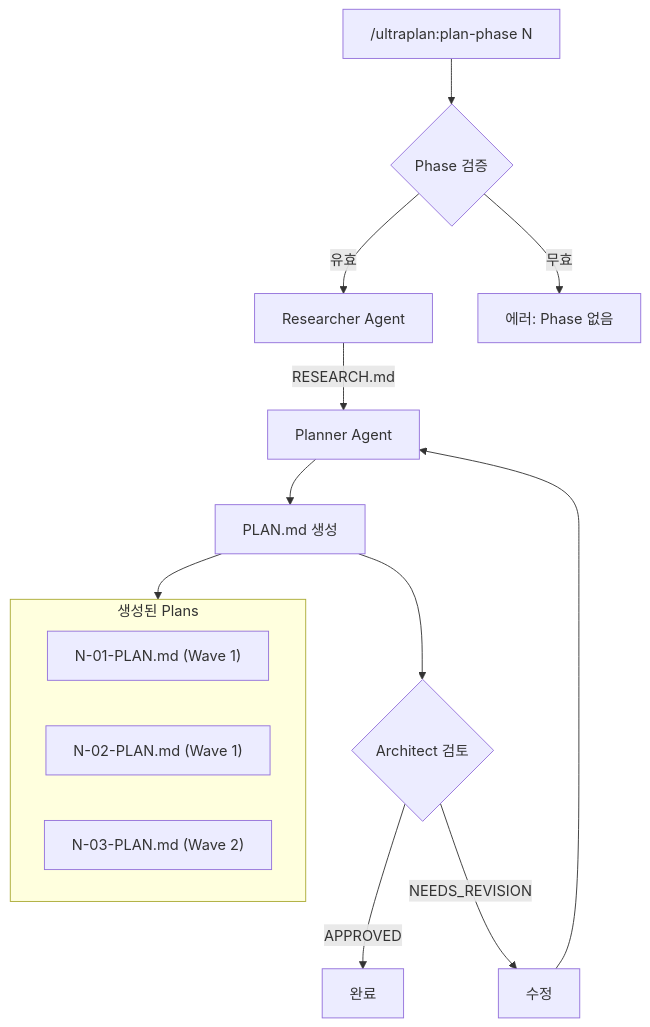
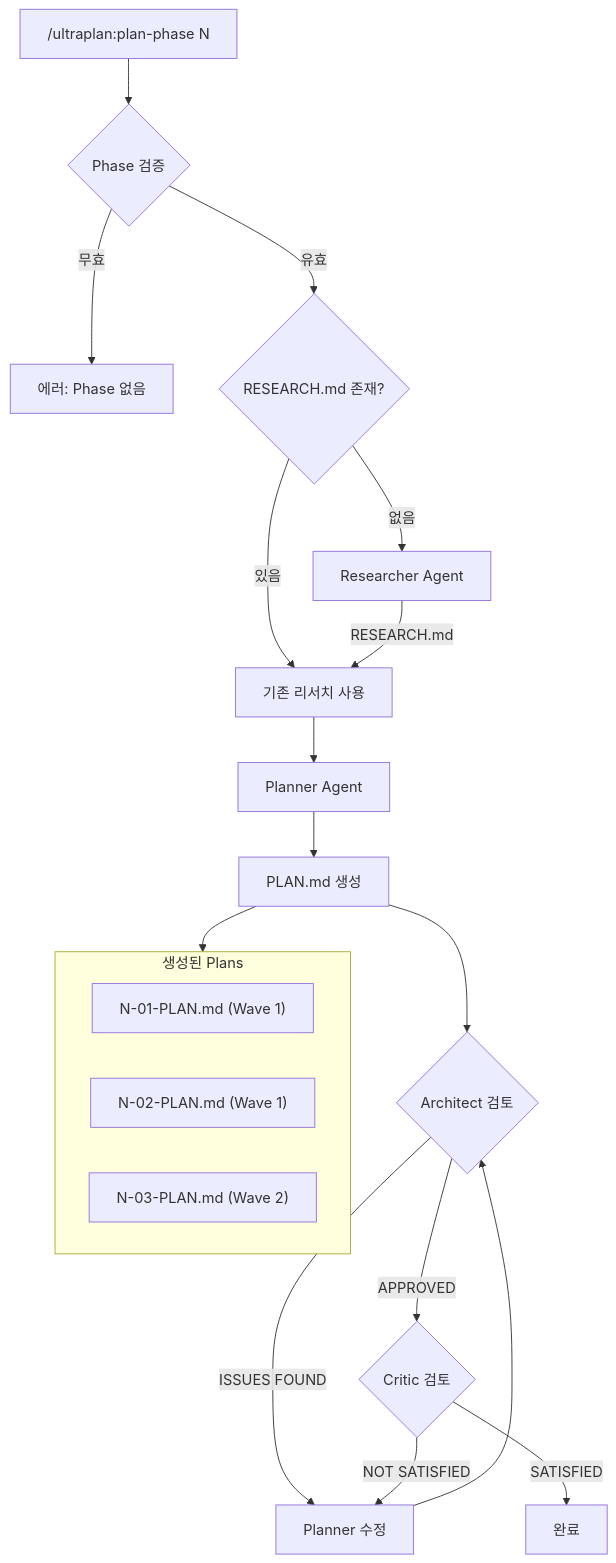
One commit to suhwan/ultra-planning changed the second of 3 diagrams in README.md. Above: the diagram before and after it, drawn with Mermaid. The commit also changed other lines of this file, not shown here.

````diff
--- a/README.md
+++ b/README.md
@@ -147,23 +174,29 @@
 ```mermaid
 flowchart TB
     A["/ultraplan:plan-phase N"] --> B{Phase 검증}
-    B -->|유효| C["Researcher Agent"]
     B -->|무효| X["에러: Phase 없음"]
+    B -->|유효| C{RESEARCH.md 존재?}
 
-    C -->|RESEARCH.md| D["Planner Agent"]
+    C -->|없음| D["Researcher Agent"]
+    C -->|있음| E["기존 리서치 사용"]
+    D -->|RESEARCH.md| E
 
-    D --> E["PLAN.md 생성"]
-    E --> F{Architect 검토}
+    E --> F["Planner Agent"]
+    F --> G["PLAN.md 생성"]
 
-    F -->|APPROVED| G["완료"]
-    F -->|NEEDS_REVISION| H["수정"]
-    H --> D
+    G --> H{Architect 검토}
+    H -->|ISSUES FOUND| I["Planner 수정"]
+    I --> H
+
+    H -->|APPROVED| J{Critic 검토}
+    J -->|NOT SATISFIED| I
+    J -->|SATISFIED| K["완료"]
 
     subgraph Plans["생성된 Plans"]
         P1["N-01-PLAN.md (Wave 1)"]
         P2["N-02-PLAN.md (Wave 1)"]
         P3["N-03-PLAN.md (Wave 2)"]
     end
 
-    E --> Plans
+    G --> Plans
 ```
````
